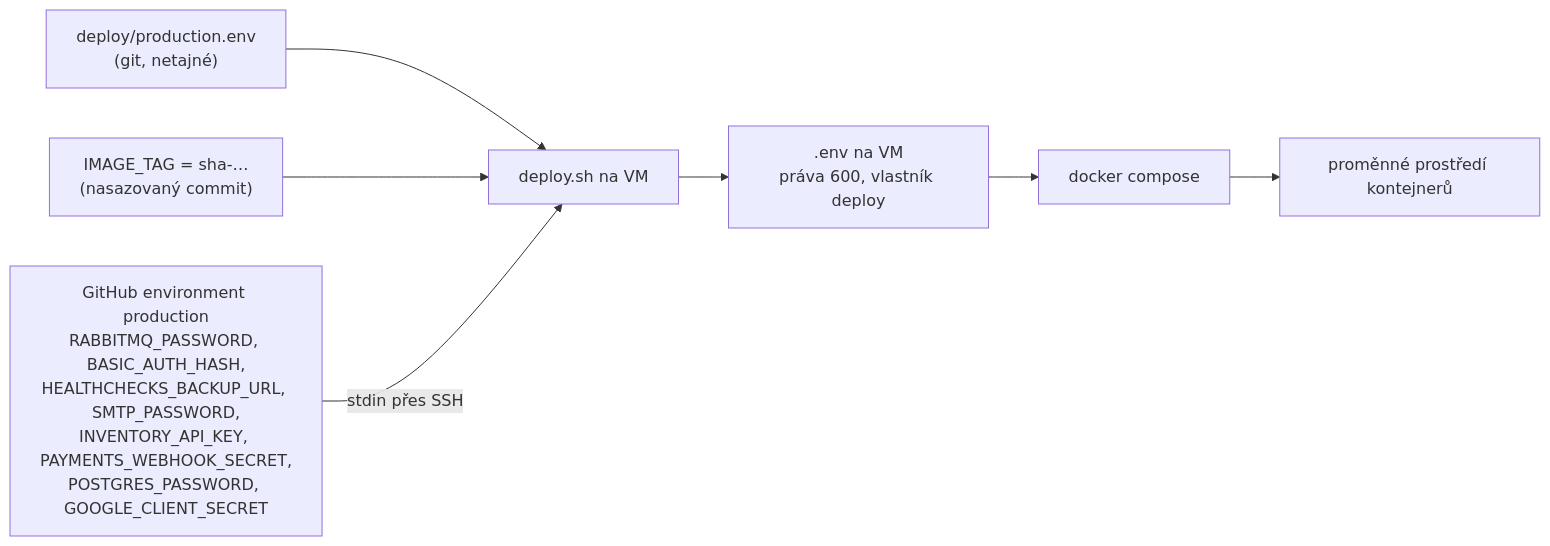
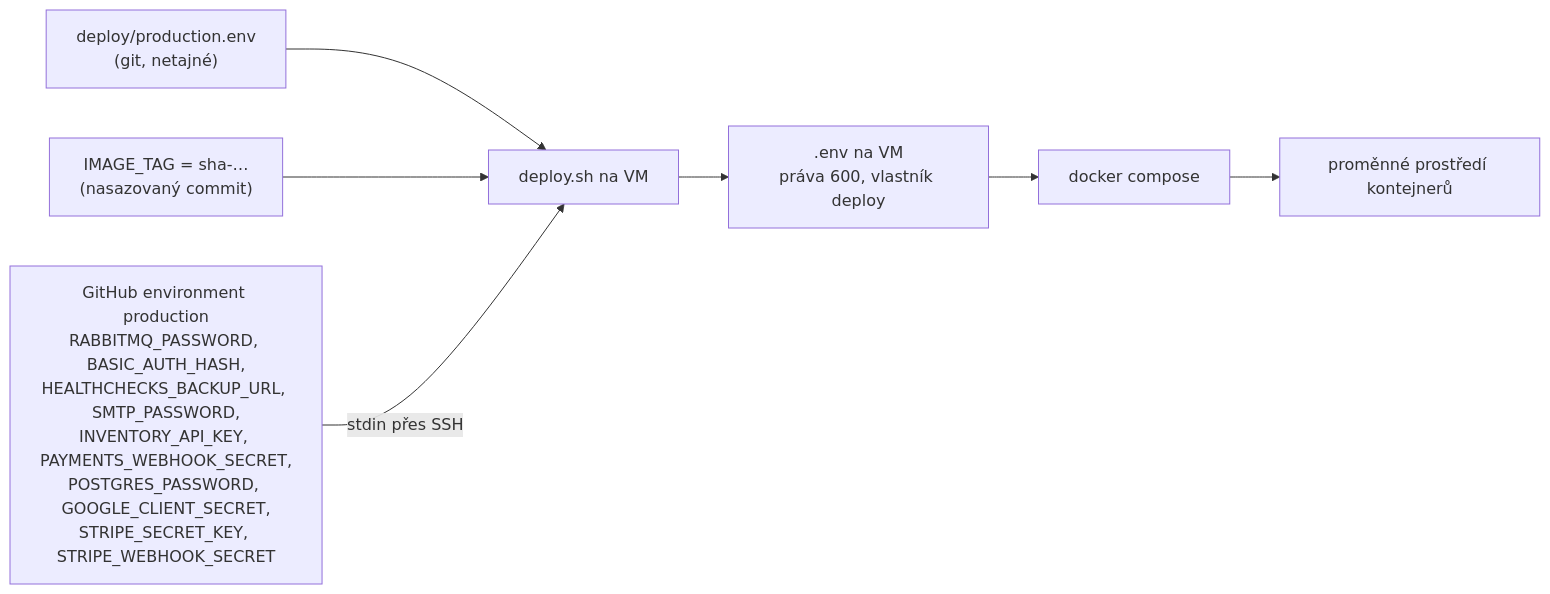
One commit to ftichy/MiniShop changed the diagram in docs/prirucka/github/secrets.md. Above: the diagram before and after it, drawn with Mermaid. The commit also changed other lines of this file and 38 other files, not shown here.

````diff
--- a/docs/prirucka/github/secrets.md
+++ b/docs/prirucka/github/secrets.md
@@ -12,11 +12,11 @@
 ```mermaid
 flowchart LR
     pe["deploy/production.env<br/>(git, netajné)"] --> sh["deploy.sh na VM"]
     tag["IMAGE_TAG = sha-…<br/>(nasazovaný commit)"] --> sh
-    sec["GitHub environment production<br/>RABBITMQ_PASSWORD, BASIC_AUTH_HASH,<br/>HEALTHCHECKS_BACKUP_URL, SMTP_PASSWORD,<br/>INVENTORY_API_KEY, PAYMENTS_WEBHOOK_SECRET,<br/>POSTGRES_PASSWORD, GOOGLE_CLIENT_SECRET"] -->|"stdin přes SSH"| sh
+    sec["GitHub environment production<br/>RABBITMQ_PASSWORD, BASIC_AUTH_HASH,<br/>HEALTHCHECKS_BACKUP_URL, SMTP_PASSWORD,<br/>INVENTORY_API_KEY, PAYMENTS_WEBHOOK_SECRET,<br/>POSTGRES_PASSWORD, GOOGLE_CLIENT_SECRET,<br/>STRIPE_SECRET_KEY, STRIPE_WEBHOOK_SECRET"] -->|"stdin přes SSH"| sh
     sh --> env[".env na VM<br/>práva 600, vlastník deploy"]
     env --> compose["docker compose"]
     compose --> cont["proměnné prostředí kontejnerů"]
 
     click sh "/Docs/github/cd"
 ```
````
